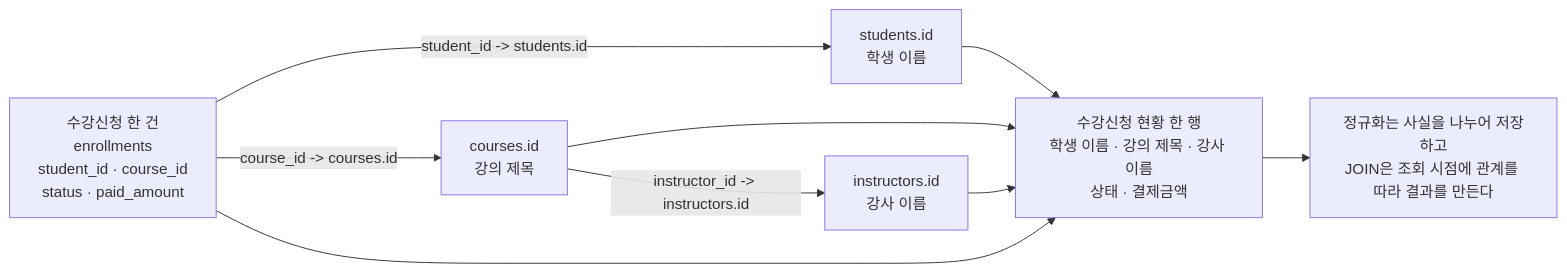
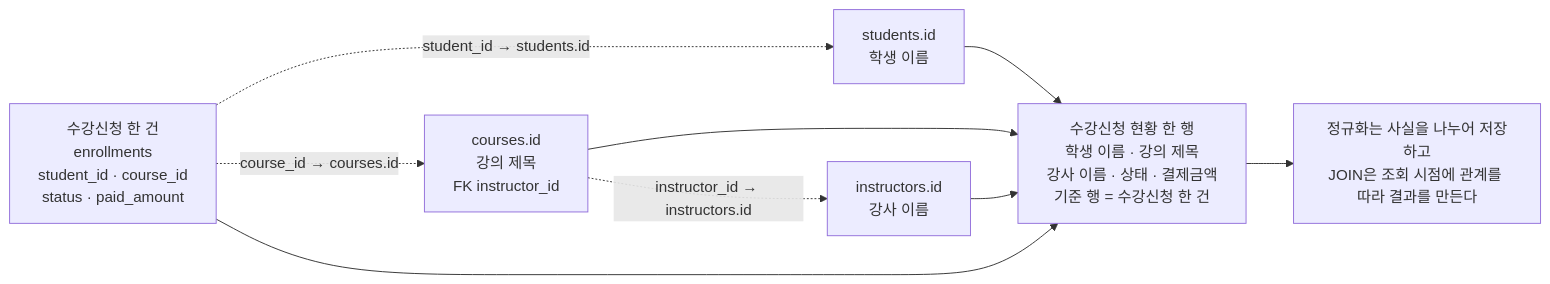
The diagram in images/chapter08/ch08_01_join_why_needed.mmd (GilbertMoon/ai-database-book), drawn with Mermaid before and after one commit.

Commit message:
fix: clarify JOIN relationship flow in chapter 08 diagram

```diff
--- a/images/chapter08/ch08_01_join_why_needed.mmd
+++ b/images/chapter08/ch08_01_join_why_needed.mmd
@@ -1,16 +1,17 @@
 flowchart LR
-    E[수강신청 한 건\nenrollments\nstudent_id · course_id\nstatus · paid_amount]
-    S[students.id\n학생 이름]
-    C[courses.id\n강의 제목]
-    I[instructors.id\n강사 이름]
-    R[수강신청 현황 한 행\n학생 이름 · 강의 제목 · 강사 이름\n상태 · 결제금액]
-    M[정규화는 사실을 나누어 저장하고\nJOIN은 조회 시점에 관계를 따라 결과를 만든다]
+    E[수강신청 한 건<br/>enrollments<br/>student_id · course_id<br/>status · paid_amount]
+    S[students.id<br/>학생 이름]
+    C[courses.id<br/>강의 제목<br/>FK instructor_id]
+    I[instructors.id<br/>강사 이름]
+    R[수강신청 현황 한 행<br/>학생 이름 · 강의 제목<br/>강사 이름 · 상태 · 결제금액<br/>기준 행 = 수강신청 한 건]
+    N[정규화는 사실을 나누어 저장하고<br/>JOIN은 조회 시점에 관계를 따라 결과를 만든다]
 
-    E -->|student_id -> students.id| S
-    E -->|course_id -> courses.id| C
-    C -->|instructor_id -> instructors.id| I
+    E -. "student_id → students.id" .-> S
+    E -. "course_id → courses.id" .-> C
+    C -. "instructor_id → instructors.id" .-> I
+
     S --> R
     C --> R
     I --> R
     E --> R
-    R --> M
+    R --> N
```
